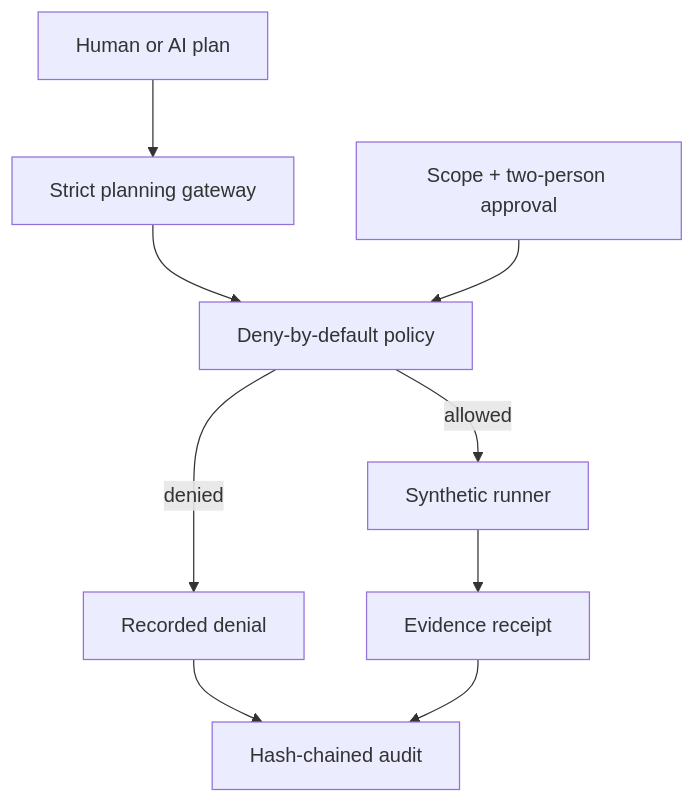
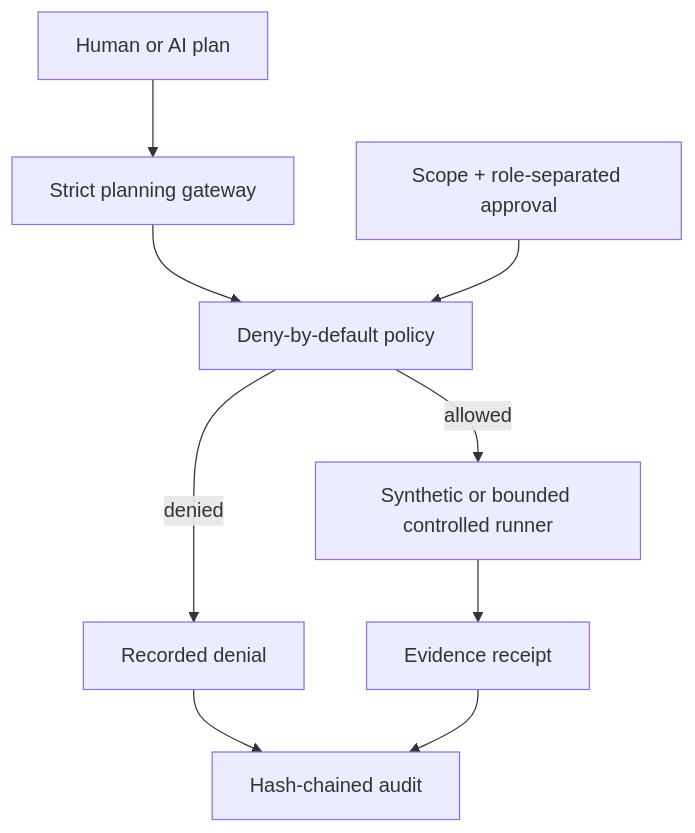
Before and after one commit to bilgekayali/finredops: the diagram in README.md, drawn with Mermaid. The commit also changed other lines of this file and 29 other files, not shown here.

````diff
--- a/README.md
+++ b/README.md
@@ -30,11 +31,11 @@
 ```mermaid
 flowchart TD
     A["Human or AI plan"] --> B["Strict planning gateway"]
     B --> C["Deny-by-default policy"]
-    D["Scope + two-person approval"] --> C
-    C -->|allowed| E["Synthetic runner"]
+    D["Scope + role-separated approval"] --> C
+    C -->|allowed| E["Synthetic or bounded controlled runner"]
     C -->|denied| F["Recorded denial"]
     E --> G["Evidence receipt"]
     F --> H["Hash-chained audit"]
     G --> H
 ```
````
